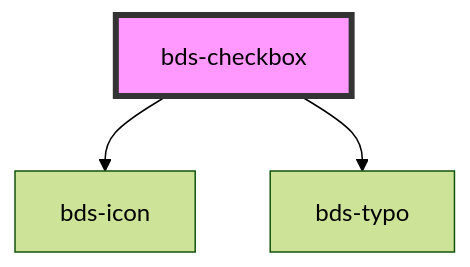
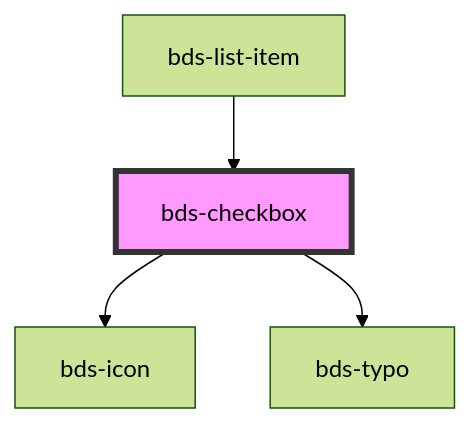
The diagram in src/components/checkbox/readme.md (takenet/blip-ds), drawn with Mermaid (forest theme) before and after one commit. The commit also changed other lines of this file and 12 other files, not shown here.

````diff
--- a/src/components/checkbox/readme.md
+++ b/src/components/checkbox/readme.md
@@ -59,6 +63,7 @@
 ```mermaid
 graph TD;
   bds-checkbox --> bds-icon
   bds-checkbox --> bds-typo
+  bds-list-item --> bds-checkbox
   style bds-checkbox fill:#f9f,stroke:#333,stroke-width:4px
 ```
````
